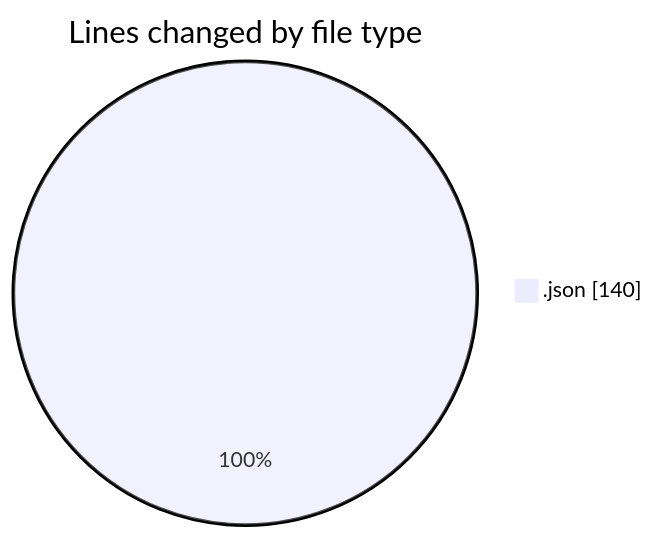
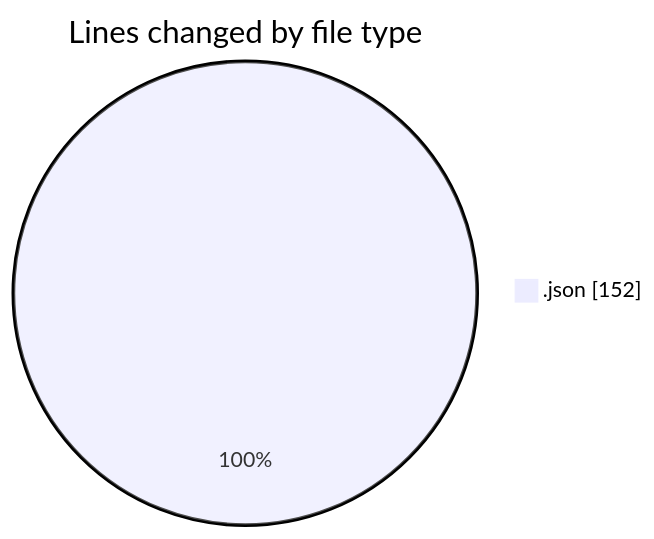
The first of 2 diagrams in 2025-07-29/refunds/README.md (EIIisD/code-tracking), drawn with Mermaid before and after one commit. The commit also changed other lines of this file and 1 other file, not shown here.

````diff
--- a/2025-07-29/refunds/README.md
+++ b/2025-07-29/refunds/README.md
@@ -20,5 +20,5 @@
 ```mermaid
 pie showData
 title Lines changed by file type
-".json" : 140
+".json" : 152
 ```
````
